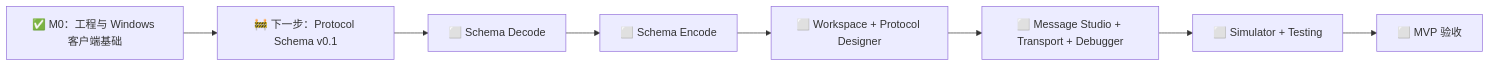
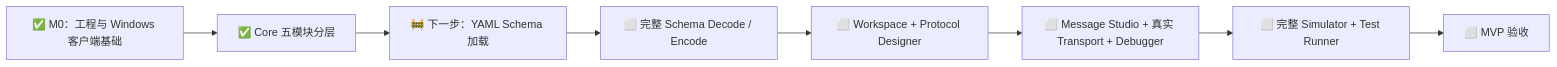
The diagram in docs/IoT Protocol Studio 功能清单与开发进度.md (ZevixQuatol/IoT-Protocol-Studio), drawn with Mermaid before and after one commit. The commit also changed other lines of this file and 20 other files, not shown here.

````diff
--- a/docs/IoT Protocol Studio 功能清单与开发进度.md
+++ b/docs/IoT Protocol Studio 功能清单与开发进度.md
@@ -51,10 +51,10 @@
 ```mermaid
 flowchart LR
-    A["✅ M0：工程与 Windows 客户端基础"] --> B["🚧 下一步：Protocol Schema v0.1"]
-    B --> C["⬜ Schema Decode"]
-    C --> D["⬜ Schema Encode"]
+    A["✅ M0：工程与 Windows 客户端基础"] --> B["✅ Core 五模块分层"]
+    B --> C["🚧 下一步：YAML Schema 加载"]
+    C --> D["⬜ 完整 Schema Decode / Encode"]
     D --> E["⬜ Workspace + Protocol Designer"]
-    E --> F["⬜ Message Studio + Transport + Debugger"]
-    F --> G["⬜ Simulator + Testing"]
+    E --> F["⬜ Message Studio + 真实 Transport + Debugger"]
+    F --> G["⬜ 完整 Simulator + Test Runner"]
     G --> H["⬜ MVP 验收"]
 ```
````
